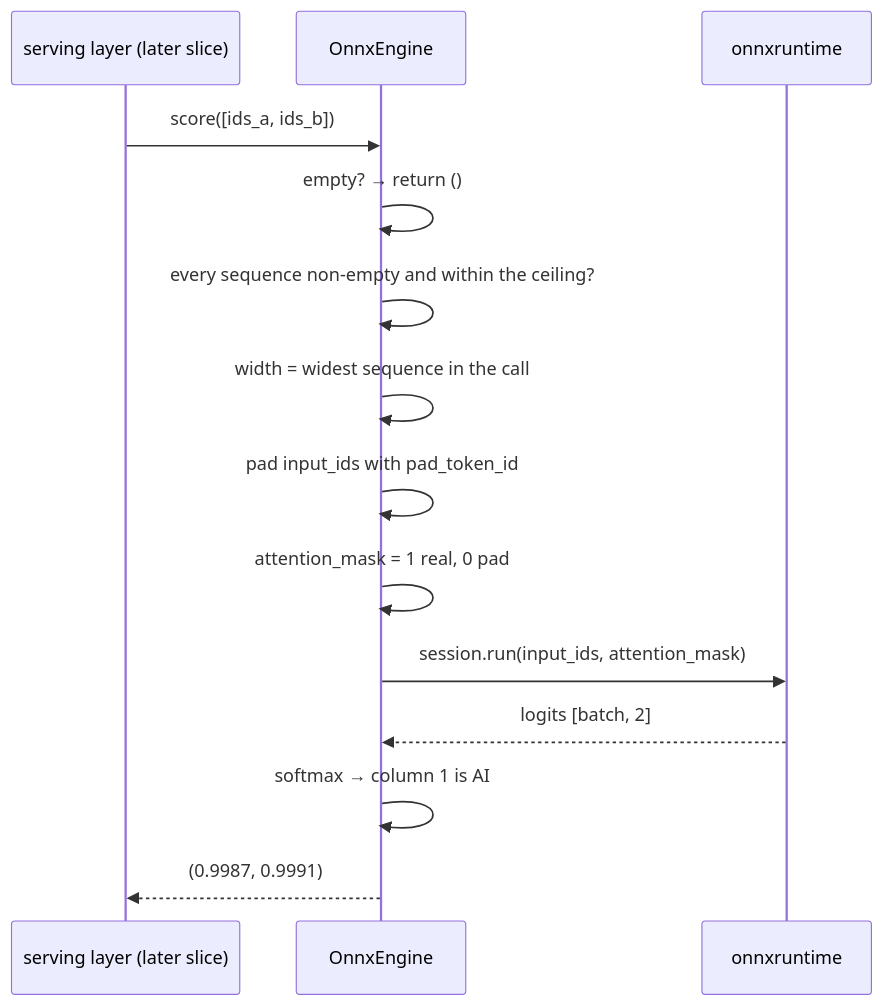
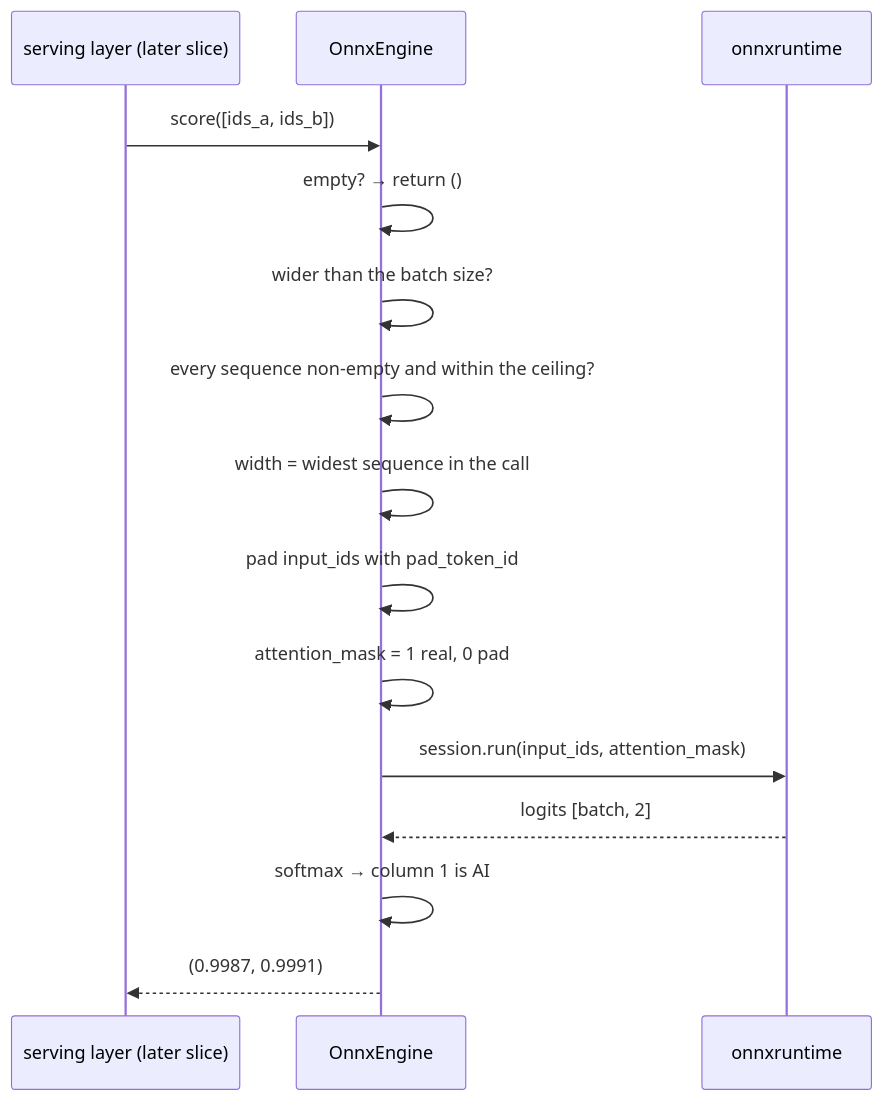
Before and after one commit to kunalPisolkar24/detectAI: the fourth of 6 diagrams in services/inference/specifications/references/inference-engine.md, drawn with Mermaid. The commit also changed other lines of this file, not shown here.

````diff
--- a/services/inference/specifications/references/inference-engine.md
+++ b/services/inference/specifications/references/inference-engine.md
@@ -368,17 +524,18 @@
 ```mermaid
 sequenceDiagram
     participant S as serving layer (later slice)
     participant E as OnnxEngine
     participant O as onnxruntime
 
     S->>E: score([ids_a, ids_b])
     E->>E: empty? → return ()
+    E->>E: wider than the batch size?
     E->>E: every sequence non-empty and within the ceiling?
     E->>E: width = widest sequence in the call
     E->>E: pad input_ids with pad_token_id
     E->>E: attention_mask = 1 real, 0 pad
     E->>O: session.run(input_ids, attention_mask)
     O-->>E: logits [batch, 2]
     E->>E: softmax → column 1 is AI
     E-->>S: (0.9987, 0.9991)
 ```
````
